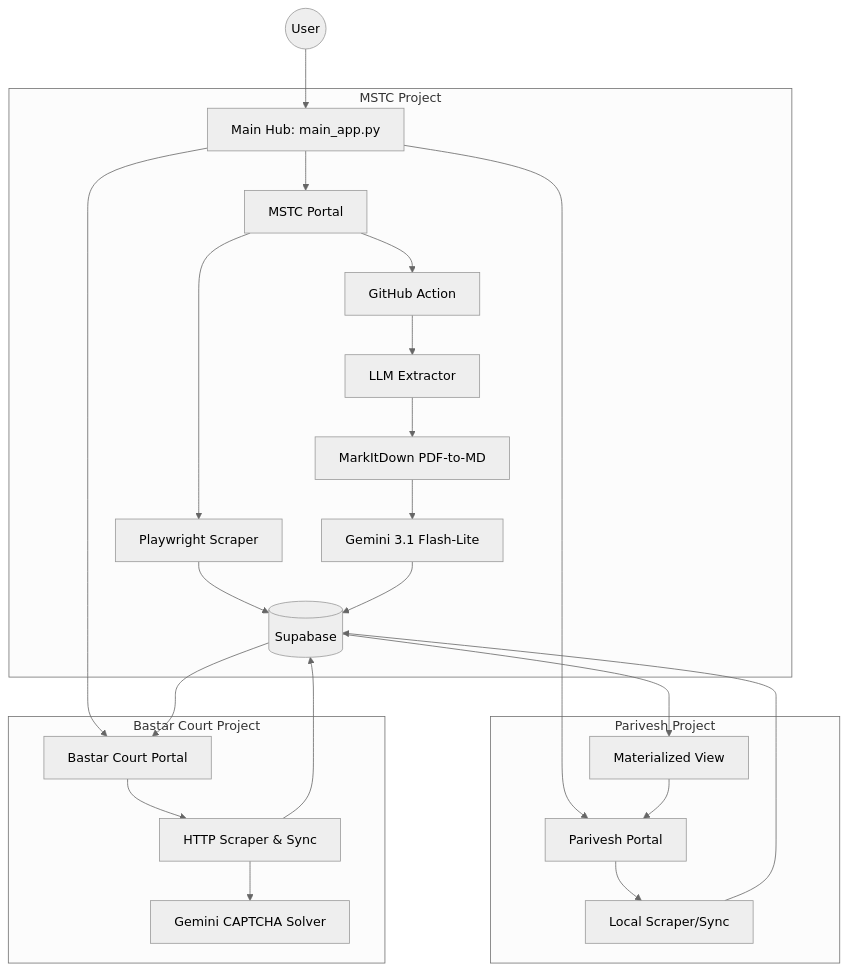
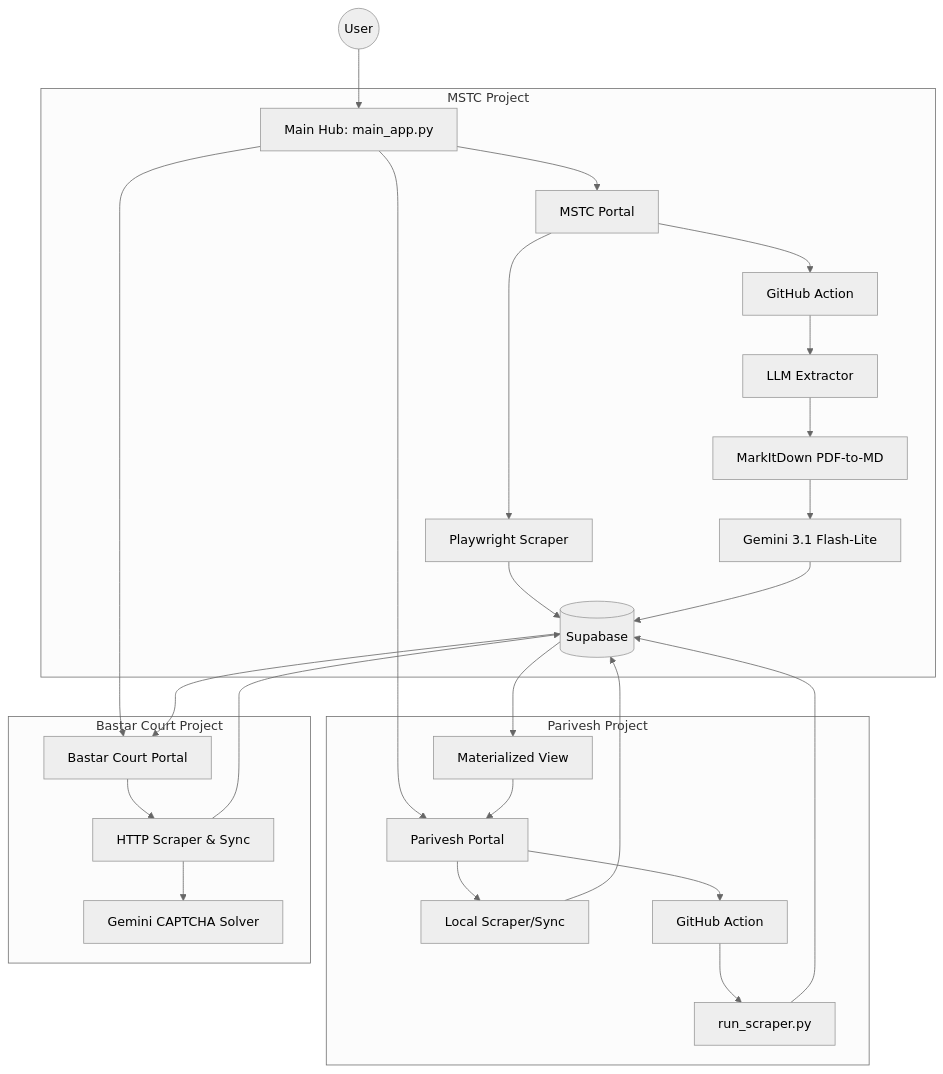
The diagram in projectflow.md (learningmaps/web_automation_ms), drawn with Mermaid (neutral theme) before and after one commit. The commit also changed other lines of this file and 4 other files, not shown here.

Commit message:
feat(parivesh): migrate scraper to GitHub Actions and update BDC schedule

````diff
--- a/projectflow.md
+++ b/projectflow.md
@@ -9,31 +9,34 @@
 ```mermaid
 graph TD
     User((User)) --> Hub[Main Hub: main_app.py]
     
     subgraph MSTC Project
         Hub --> MSTC_UI[MSTC Portal]
         MSTC_UI --> Scraper[Playwright Scraper]
         Scraper --> DB[(Supabase)]
         MSTC_UI --> GH_Action[GitHub Action]
         GH_Action --> Extractor[LLM Extractor]
         Extractor --> MarkItDown[MarkItDown PDF-to-MD]
         MarkItDown --> Gemini[Gemini 3.1 Flash-Lite]
         Gemini --> DB
     end
     
     subgraph Parivesh Project
         Hub --> Parivesh_UI[Parivesh Portal]
         Parivesh_UI --> Parivesh_Sync[Local Scraper/Sync]
         Parivesh_Sync --> DB
+        Parivesh_UI --> Parivesh_GH[GitHub Action]
+        Parivesh_GH --> Parivesh_Run[run_scraper.py]
+        Parivesh_Run --> DB
         DB --> MatView[Materialized View]
         MatView --> Parivesh_UI
     end
 
     subgraph Bastar Court Project
         Hub --> BDC_UI[Bastar Court Portal]
         BDC_UI --> BDC_Sync[HTTP Scraper & Sync]
         BDC_Sync --> Gemini_Captcha[Gemini CAPTCHA Solver]
         BDC_Sync --> DB
         DB --> BDC_UI
     end
 ```
````
